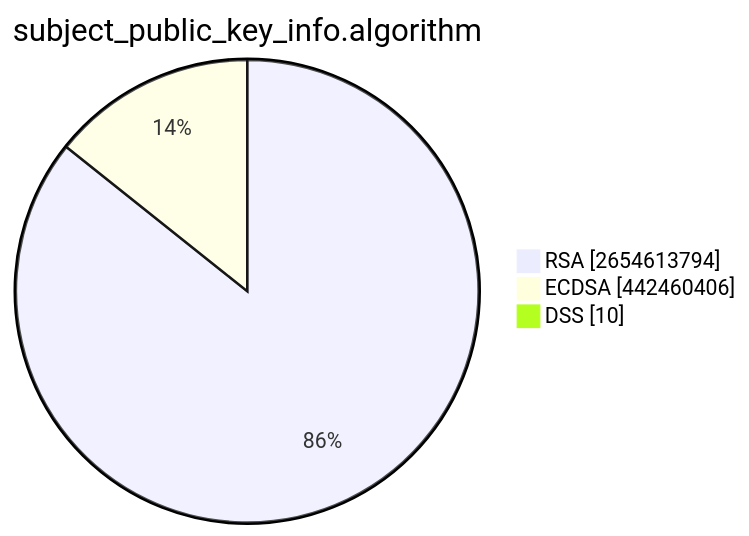
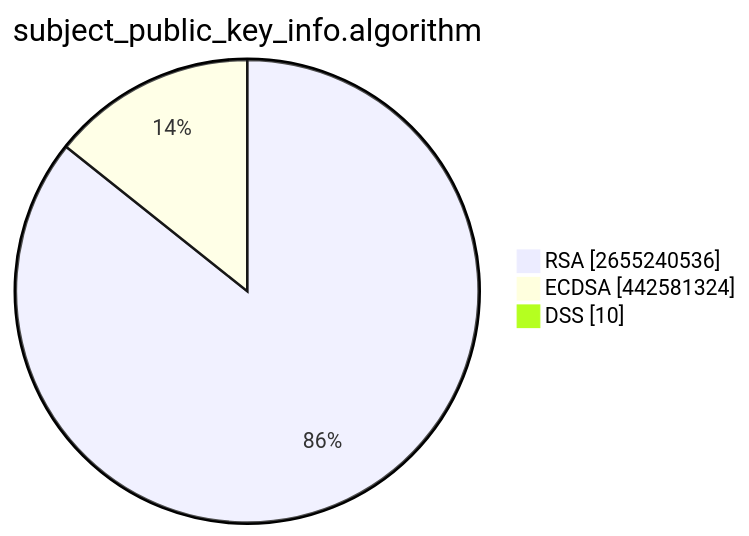
The second of 15 diagrams in TOTAL/README.md (christiankrug/ctmonitor_visualization), drawn with Mermaid before and after one commit. The commit also changed other lines of this file, not shown here.

````diff
--- a/TOTAL/README.md
+++ b/TOTAL/README.md
@@ -6,7 +6,7 @@
 ```mermaid
 pie showData
 title subject_public_key_info.algorithm
-"RSA" :2654613794
-"ECDSA" :442460406
+"RSA" :2655240536
+"ECDSA" :442581324
 "DSS" :10
 ```
````
